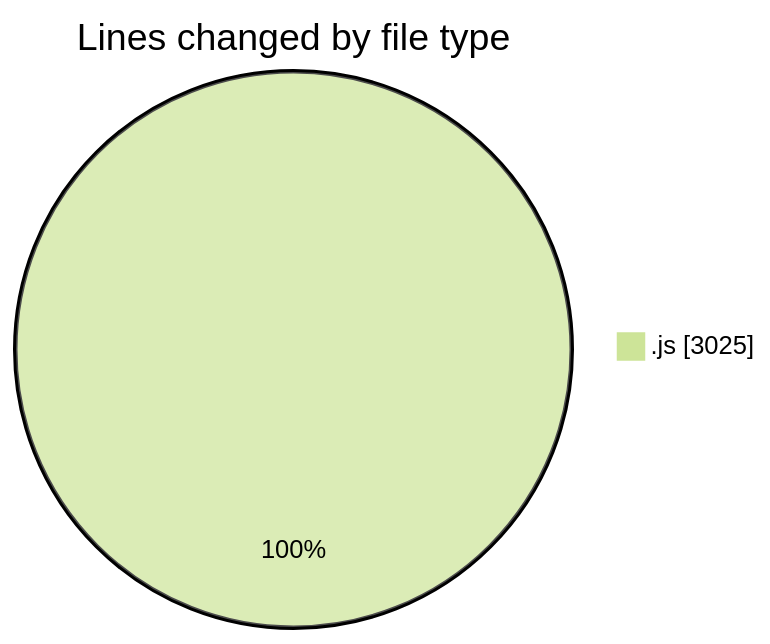
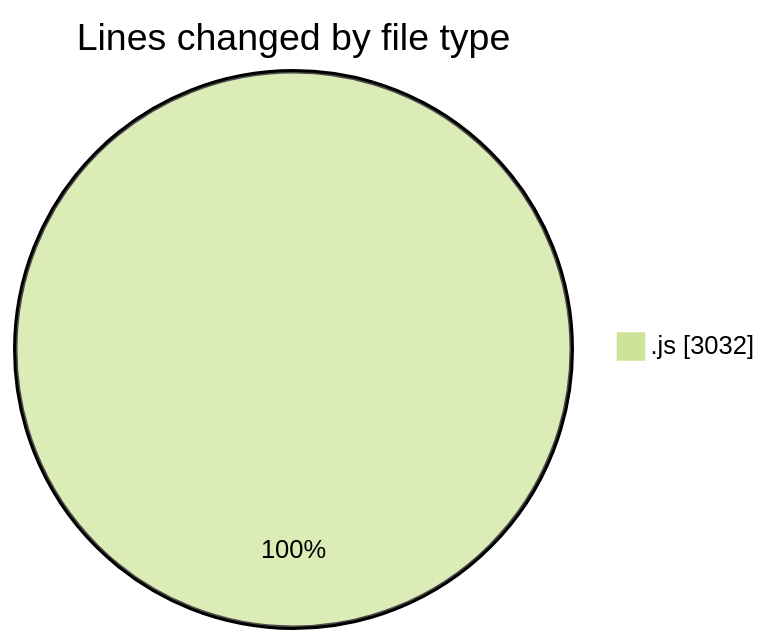
Before and after one commit to nxtqubesakshisongat/code-tracking: the first of 2 diagrams in 2025-09-24/nxtqube_webapp/README.md, drawn with Mermaid (forest theme). The commit also changed other lines of this file and 1 other file, not shown here.

````diff
--- a/2025-09-24/nxtqube_webapp/README.md
+++ b/2025-09-24/nxtqube_webapp/README.md
@@ -21,5 +21,5 @@
 ```mermaid
 pie showData
 title Lines changed by file type
-".js" : 3025
+".js" : 3032
 ```
````
